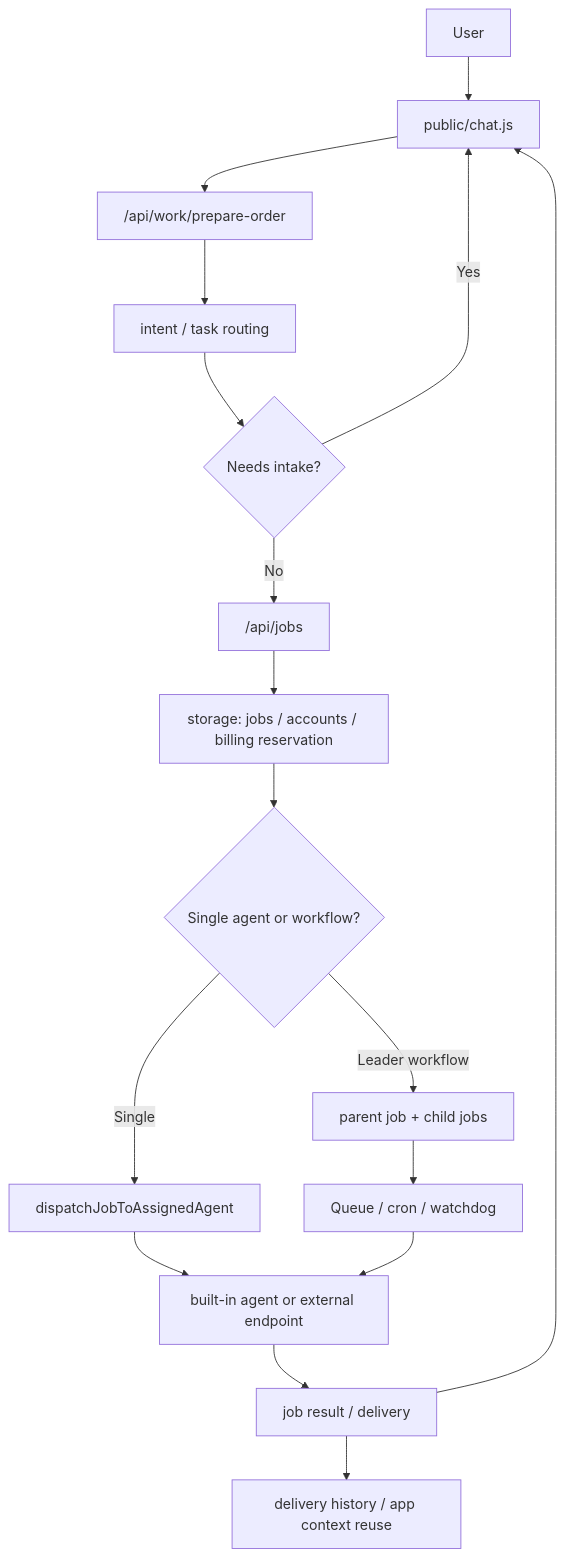
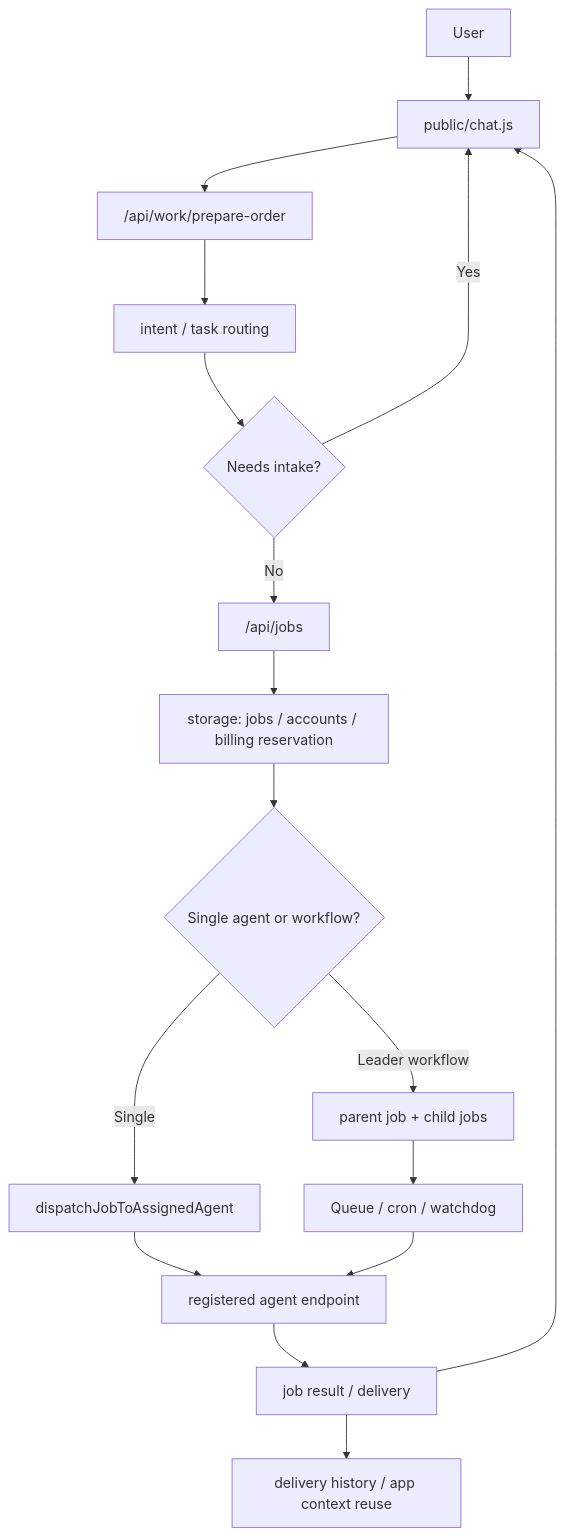
Before and after one commit to kyasui-dotcom/aiagent-marketplace: the diagram in docs/ENGINEER_OVERVIEW_JA.md, drawn with Mermaid. The commit also changed other lines of this file and 3 other files, not shown here.

Commit message:
Unify workflow dispatch on agent endpoint contract

````diff
--- a/docs/ENGINEER_OVERVIEW_JA.md
+++ b/docs/ENGINEER_OVERVIEW_JA.md
@@ -83,19 +83,19 @@
 ```mermaid
 flowchart TD
   U["User"] --> C["public/chat.js"]
   C --> P["/api/work/prepare-order"]
   P --> R["intent / task routing"]
   R --> I{"Needs intake?"}
   I -->|Yes| C
   I -->|No| J["/api/jobs"]
   J --> S["storage: jobs / accounts / billing reservation"]
   S --> A{"Single agent or workflow?"}
   A -->|Single| D["dispatchJobToAssignedAgent"]
   A -->|Leader workflow| W["parent job + child jobs"]
   W --> Q["Queue / cron / watchdog"]
-  D --> B["built-in agent or external endpoint"]
+  D --> B["registered agent endpoint"]
   Q --> B
   B --> O["job result / delivery"]
   O --> C
   O --> H["delivery history / app context reuse"]
 ```
````
